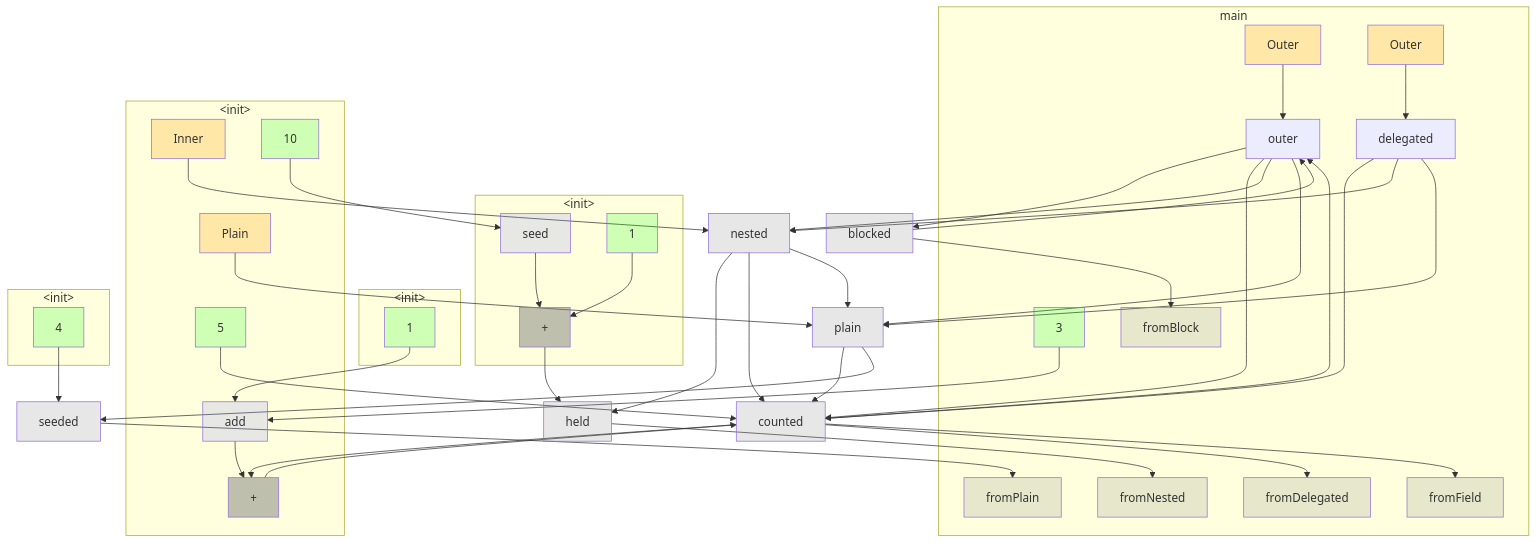
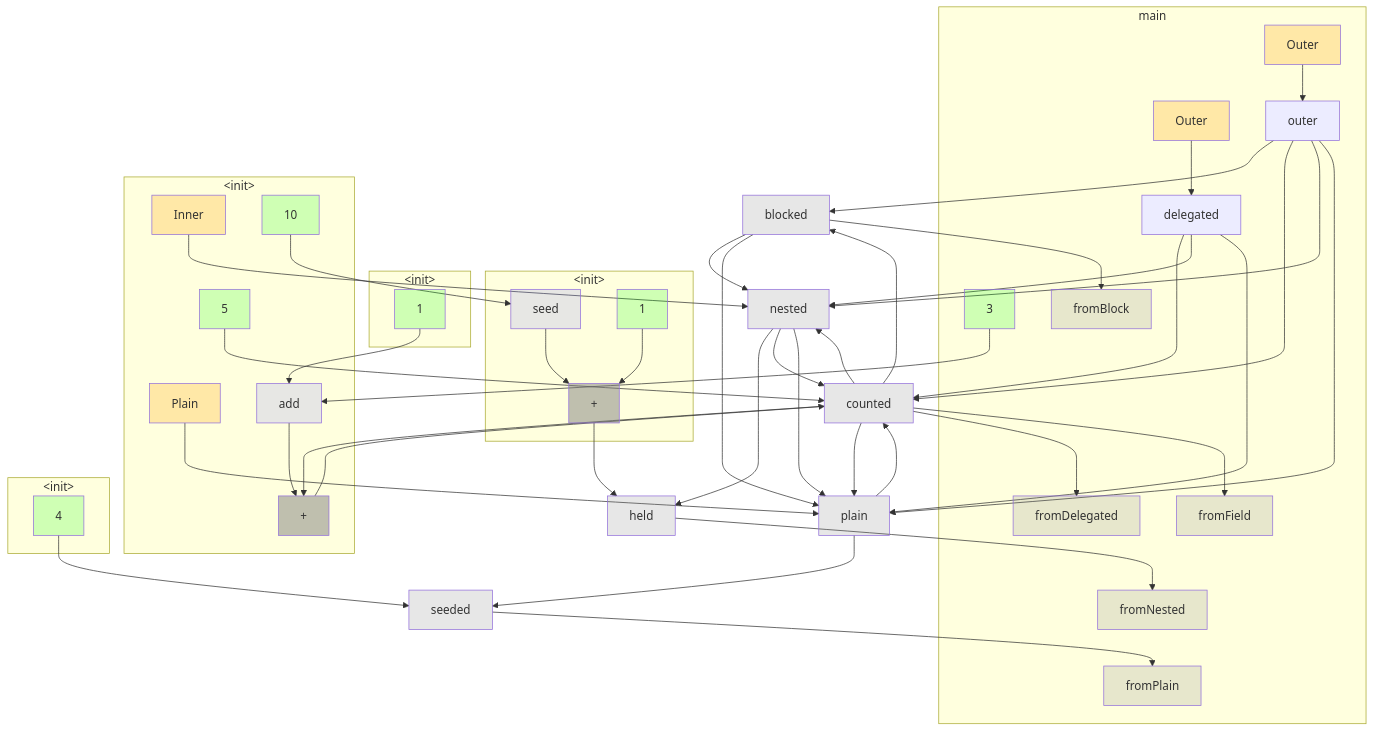
The diagram in app/src/test/resources/fieldInitializer/spike-truth.md (gstiebler/codeflow), drawn with Mermaid before and after one commit. The commit also changed 46 other files, not shown here.

```diff
--- a/app/src/test/resources/fieldInitializer/spike-truth.md
+++ b/app/src/test/resources/fieldInitializer/spike-truth.md
@@ -7,12 +7,12 @@
     n1["Outer"]:::EXTERNAL
     n2["3"]:::LITERAL
     n3["delegated"]:::OBJ_VARIABLE
-    n4["fromBlock"]:::VARIABLE
-    n5["fromDelegated"]:::VARIABLE
-    n6["fromField"]:::VARIABLE
-    n7["fromNested"]:::VARIABLE
-    n8["fromPlain"]:::VARIABLE
-    n9["outer"]:::OBJ_VARIABLE
+    n4["outer"]:::OBJ_VARIABLE
+    n5["fromBlock"]:::VARIABLE
+    n6["fromDelegated"]:::VARIABLE
+    n7["fromField"]:::VARIABLE
+    n8["fromNested"]:::VARIABLE
+    n9["fromPlain"]:::VARIABLE
   end
   subgraph m1["#lt;init#gt;"]
     n10["+"]:::BIN_OP
@@ -39,7 +39,7 @@
   n24["nested"]:::VARIABLE
   n25["plain"]:::VARIABLE
   n26["seeded"]:::VARIABLE
-  n0 --> n9
+  n0 --> n4
   n1 --> n3
   n10 --> n21
   n11 --> n10
@@ -53,26 +53,29 @@
   n19 --> n23
   n2 --> n17
   n20 --> n26
-  n21 --> n7
-  n22 --> n4
-  n22 --> n9
+  n21 --> n8
+  n22 --> n24
+  n22 --> n25
+  n22 --> n5
   n23 --> n14
-  n23 --> n5
+  n23 --> n22
+  n23 --> n24
+  n23 --> n25
   n23 --> n6
-  n23 --> n9
+  n23 --> n7
   n24 --> n21
   n24 --> n23
   n24 --> n25
   n25 --> n23
   n25 --> n26
-  n26 --> n8
+  n26 --> n9
   n3 --> n23
   n3 --> n24
   n3 --> n25
-  n9 --> n22
-  n9 --> n23
-  n9 --> n24
-  n9 --> n25
+  n4 --> n22
+  n4 --> n23
+  n4 --> n24
+  n4 --> n25
   classDef LITERAL fill:#00FF0030
   classDef VARIABLE fill:#80808030
   classDef BIN_OP fill:#80808080
```
